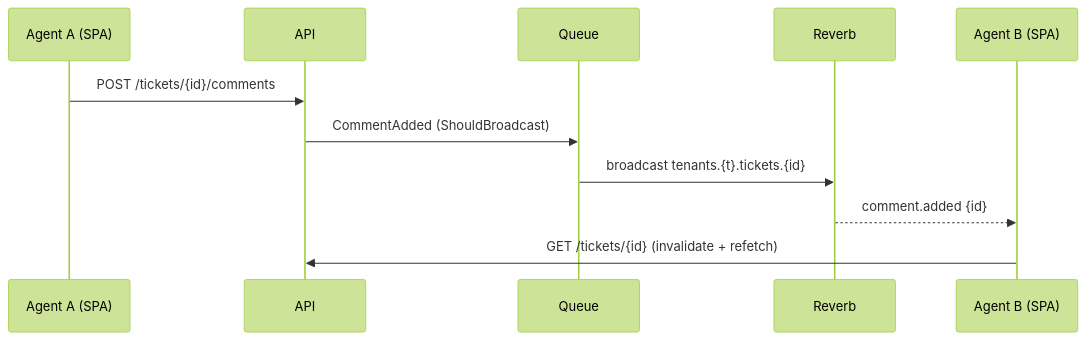
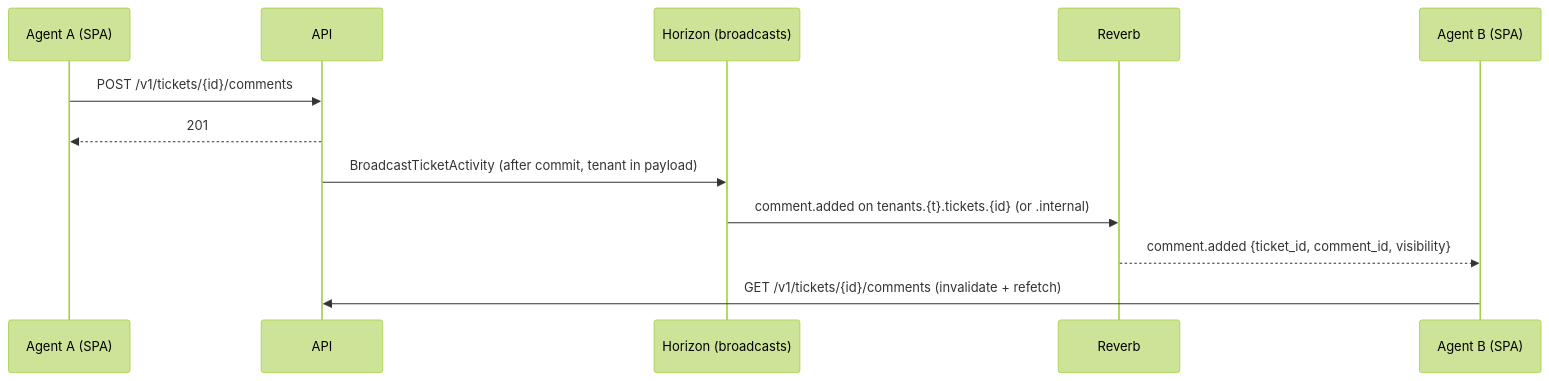
One commit to Sbh321/smart-helpdesk changed the diagram in docs/03-architecture/realtime.md. Above: the diagram before and after it, drawn with Mermaid (forest theme). The commit also changed other lines of this file and 325 other files, not shown here.

````diff
--- a/docs/03-architecture/realtime.md
+++ b/docs/03-architecture/realtime.md
@@ -28,13 +74,14 @@
 ```mermaid
 sequenceDiagram
     participant A as Agent A (SPA)
     participant API
-    participant Q as Queue
+    participant Q as Horizon (broadcasts)
     participant R as Reverb
     participant B as Agent B (SPA)
-    A->>API: POST /tickets/{id}/comments
-    API->>Q: CommentAdded (ShouldBroadcast)
-    Q->>R: broadcast tenants.{t}.tickets.{id}
-    R-->>B: comment.added {id}
-    B->>API: GET /tickets/{id} (invalidate + refetch)
+    A->>API: POST /v1/tickets/{id}/comments
+    API-->>A: 201
+    API->>Q: BroadcastTicketActivity (after commit, tenant in payload)
+    Q->>R: comment.added on tenants.{t}.tickets.{id} (or .internal)
+    R-->>B: comment.added {ticket_id, comment_id, visibility}
+    B->>API: GET /v1/tickets/{id}/comments (invalidate + refetch)
 ```
````
